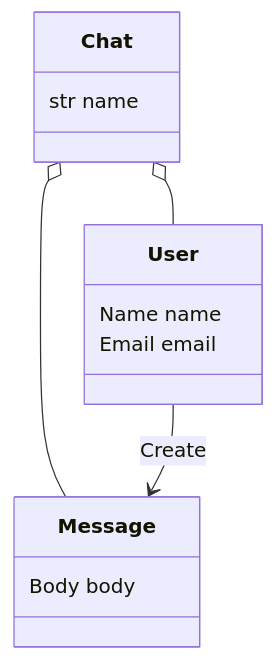
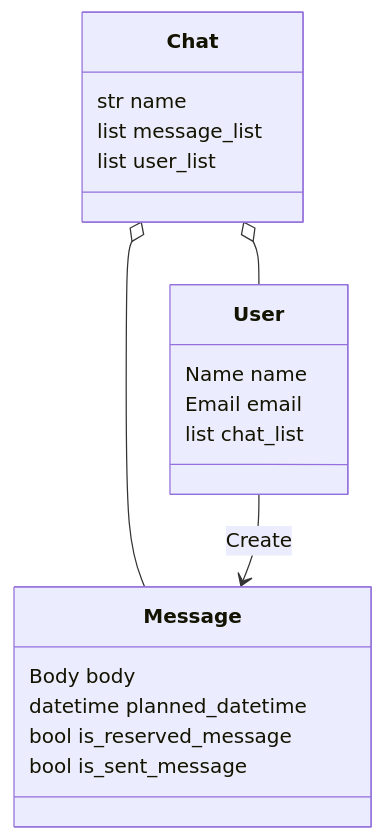
Before and after one commit to agile-native-panda/DDD-Challenge-2022: the diagram in doc/class_model.md, drawn with Mermaid.

Commit message:
属性を全部書いてみた

````diff
--- a/doc/class_model.md
+++ b/doc/class_model.md
@@ -1,17 +1,27 @@
 ```mermaid
 classDiagram
 class User {
     Name name
     Email email
+    list chat_list
+
 }
+
 class Chat {
     str name
+    list message_list
+    list user_list
+    
 }
 
 class Message {
     Body body
+    datetime planned_datetime
+    bool is_reserved_message
+    bool is_sent_message
+
 }
 Chat o-- User
 Chat o-- Message
 User --> Message: Create
 ```
````
